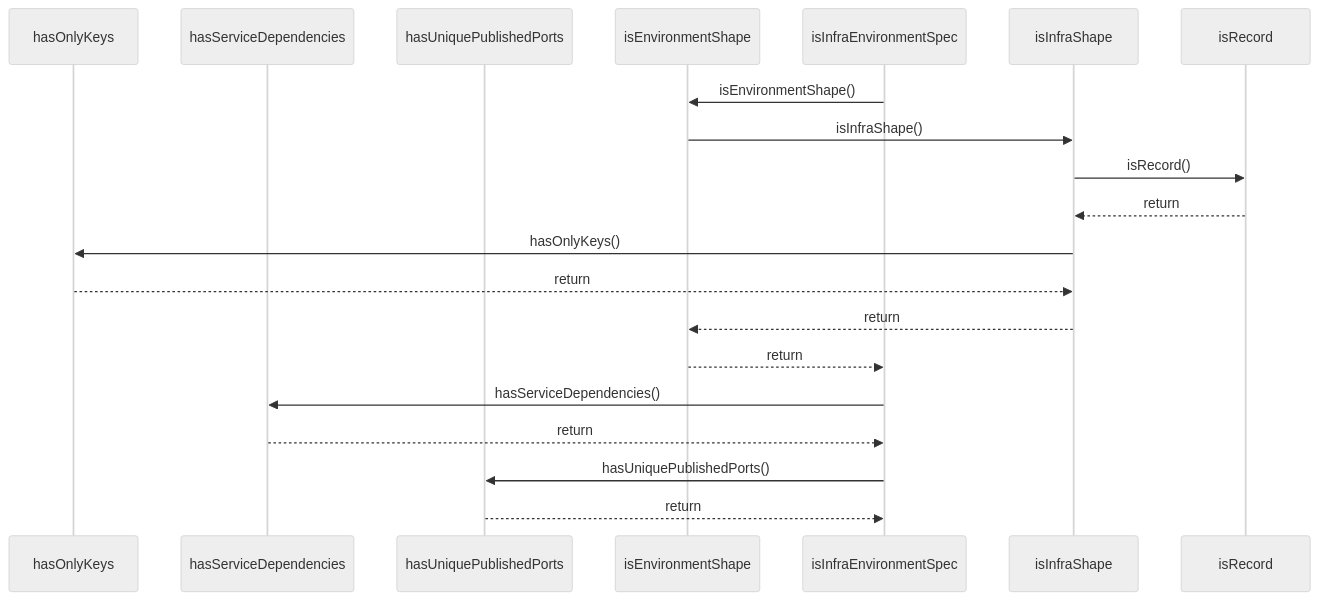
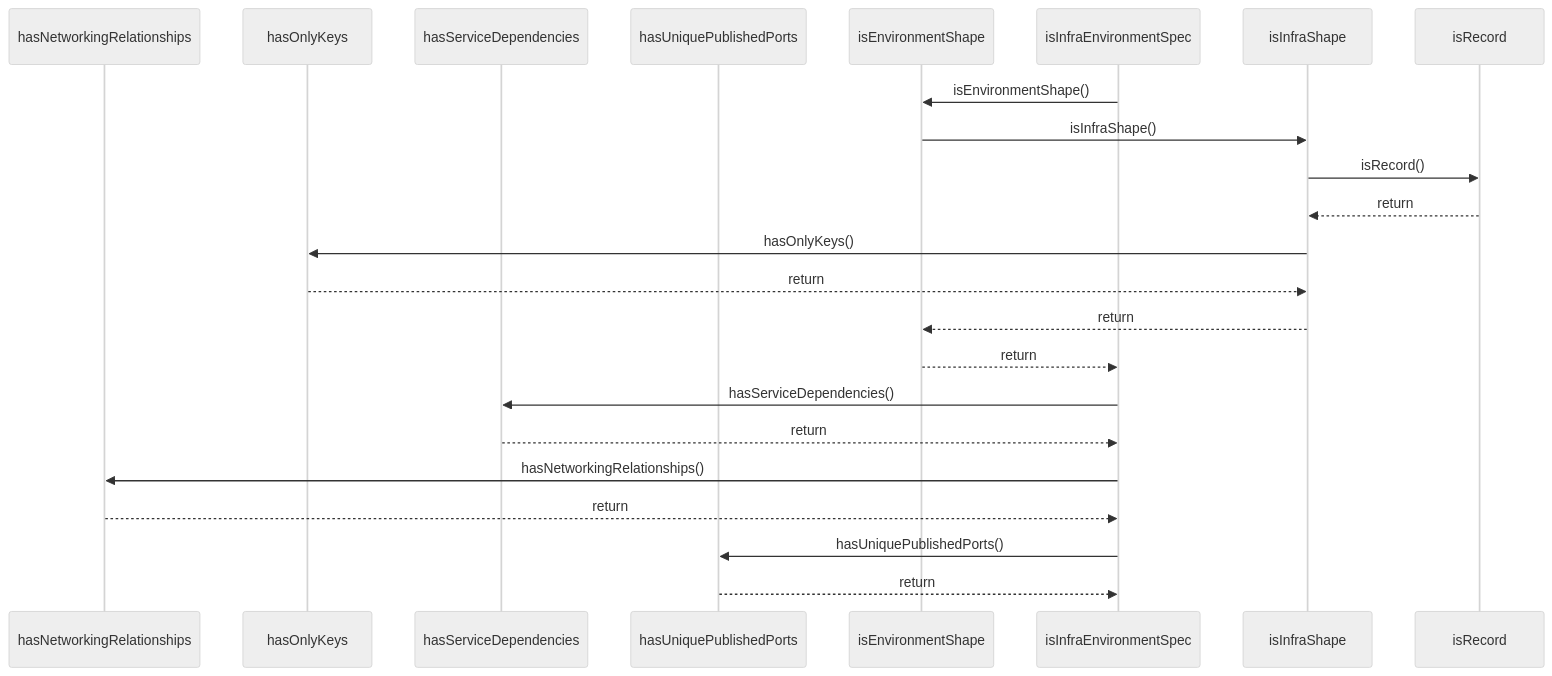
The diagram in paradox/diagrams/sequences/is-infra-environment-spec.mmd (ankhorage/contracts), drawn with Mermaid (neutral theme) before and after one commit. The commit also changed 7 other files, not shown here.

```diff
--- a/paradox/diagrams/sequences/is-infra-environment-spec.mmd
+++ b/paradox/diagrams/sequences/is-infra-environment-spec.mmd
@@ -1,20 +1,23 @@
 sequenceDiagram
+  participant participant_hasNetworkingRelationships as hasNetworkingRelationships
   participant participant_hasOnlyKeys as hasOnlyKeys
   participant participant_hasServiceDependencies as hasServiceDependencies
   participant participant_hasUniquePublishedPorts as hasUniquePublishedPorts
   participant participant_isEnvironmentShape as isEnvironmentShape
   participant participant_isInfraEnvironmentSpec as isInfraEnvironmentSpec
   participant participant_isInfraShape as isInfraShape
   participant participant_isRecord as isRecord
   participant_isInfraEnvironmentSpec->>participant_isEnvironmentShape: isEnvironmentShape()
   participant_isEnvironmentShape->>participant_isInfraShape: isInfraShape()
   participant_isInfraShape->>participant_isRecord: isRecord()
   participant_isRecord-->>participant_isInfraShape: return
   participant_isInfraShape->>participant_hasOnlyKeys: hasOnlyKeys()
   participant_hasOnlyKeys-->>participant_isInfraShape: return
   participant_isInfraShape-->>participant_isEnvironmentShape: return
   participant_isEnvironmentShape-->>participant_isInfraEnvironmentSpec: return
   participant_isInfraEnvironmentSpec->>participant_hasServiceDependencies: hasServiceDependencies()
   participant_hasServiceDependencies-->>participant_isInfraEnvironmentSpec: return
+  participant_isInfraEnvironmentSpec->>participant_hasNetworkingRelationships: hasNetworkingRelationships()
+  participant_hasNetworkingRelationships-->>participant_isInfraEnvironmentSpec: return
   participant_isInfraEnvironmentSpec->>participant_hasUniquePublishedPorts: hasUniquePublishedPorts()
   participant_hasUniquePublishedPorts-->>participant_isInfraEnvironmentSpec: return
```
